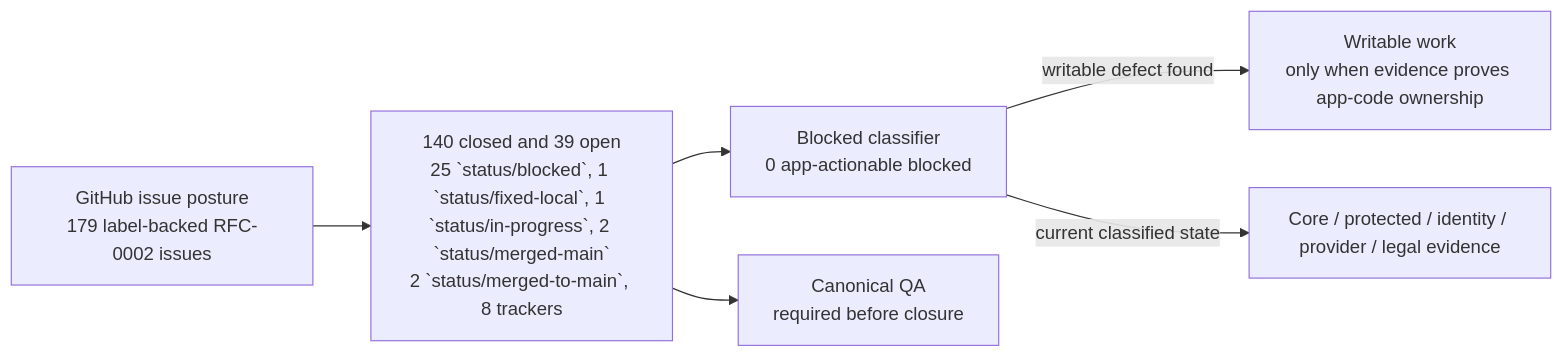
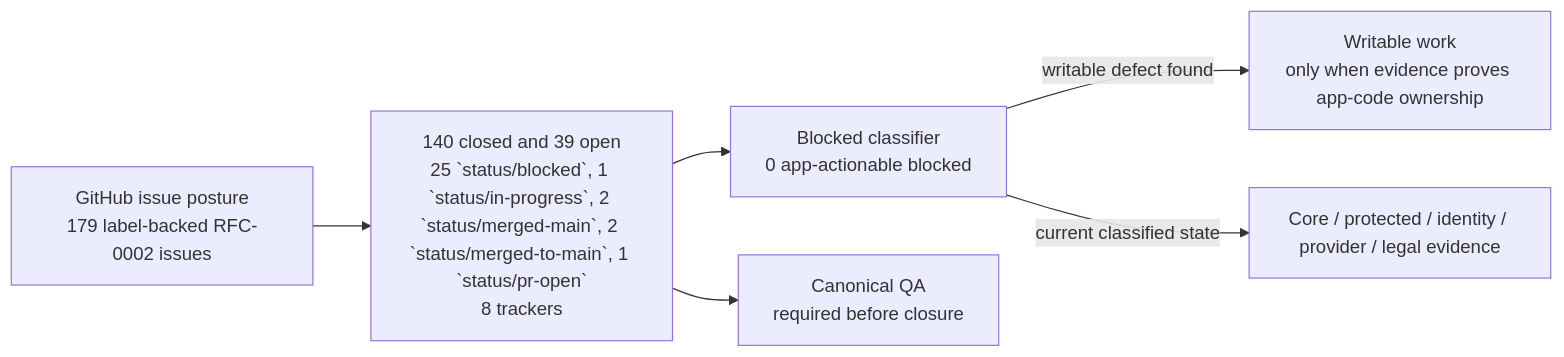
The first of 2 diagrams in wiki/RFC-0002-Execution-Status.md (sgajbi/lotus-idea), drawn with Mermaid before and after one commit. The commit also changed other lines of this file and 7 other files, not shown here.

````diff
--- a/wiki/RFC-0002-Execution-Status.md
+++ b/wiki/RFC-0002-Execution-Status.md
@@ -39,15 +39,15 @@
 ```mermaid
 flowchart LR
     Issues["GitHub issue posture<br/>179 label-backed RFC-0002 issues"]
-    Open["140 closed and 39 open<br/>25 `status/blocked`, 1 `status/fixed-local`, 1 `status/in-progress`, 2 `status/merged-main`<br/>2 `status/merged-to-main`, 8 trackers"]
+    Open["140 closed and 39 open<br/>25 `status/blocked`, 1 `status/in-progress`, 2 `status/merged-main`, 2 `status/merged-to-main`, 1 `status/pr-open`<br/>8 trackers"]
     Blocked["Blocked classifier<br/>0 app-actionable blocked"]
     Work["Writable work<br/>only when evidence proves app-code ownership"]
     External["Core / protected / identity / provider / legal evidence"]
     QA["Canonical QA<br/>required before closure"]
 
     Issues --> Open
     Open --> Blocked
     Blocked -->|"writable defect found"| Work
     Blocked -->|"current classified state"| External
     Open --> QA
 ```
````
